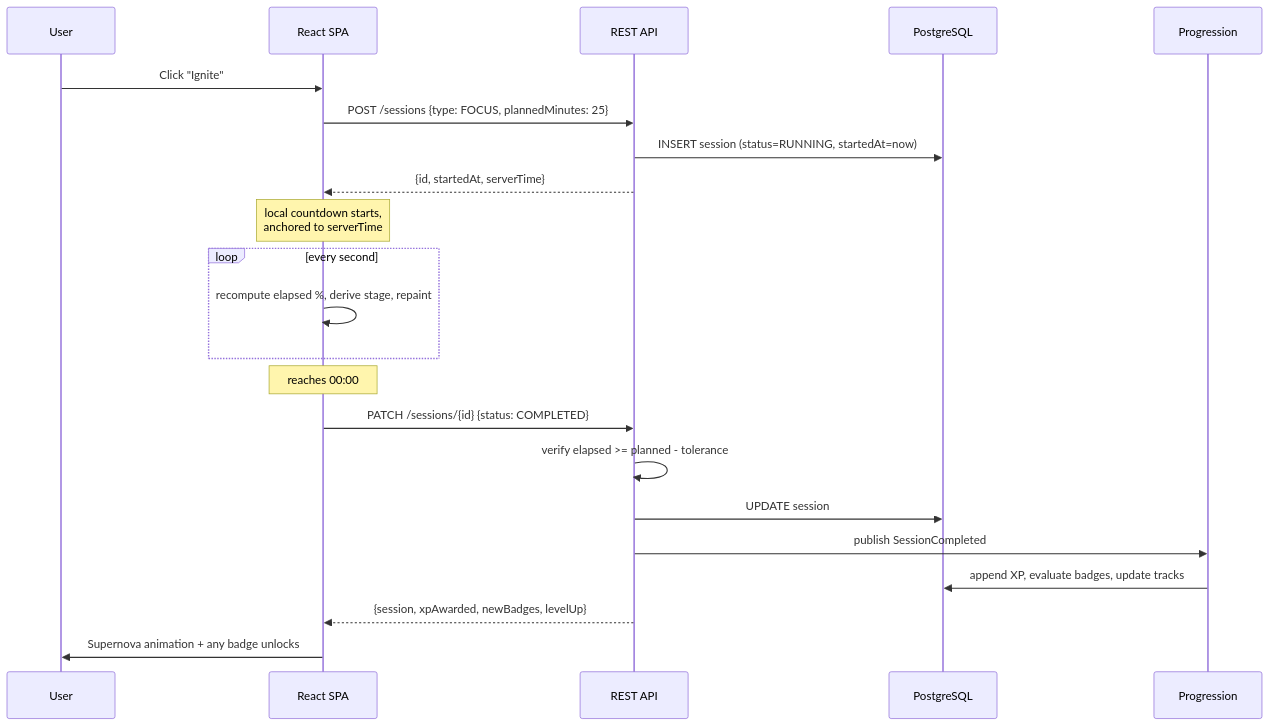
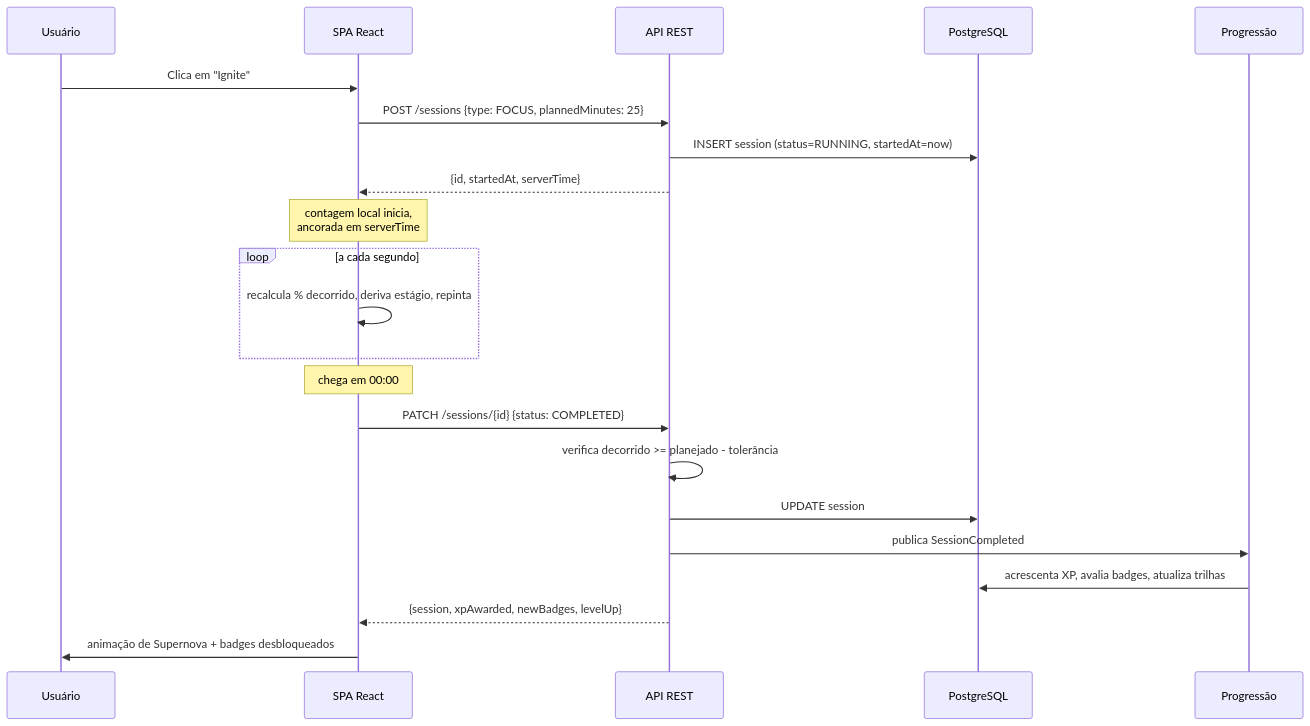
The fourth of 5 diagrams in docs/02-architecture.md (muliroZ/StarlightTimer), drawn with Mermaid before and after one commit. The commit also changed other lines of this file and 6 other files, not shown here.

````diff
--- a/docs/02-architecture.md
+++ b/docs/02-architecture.md
@@ -220,25 +220,25 @@
 ```mermaid
 sequenceDiagram
-    participant U as User
-    participant C as React SPA
-    participant A as REST API
+    participant U as Usuário
+    participant C as SPA React
+    participant A as API REST
     participant D as PostgreSQL
-    participant P as Progression
+    participant P as Progressão
 
-    U->>C: Click "Ignite"
+    U->>C: Clica em "Ignite"
     C->>A: POST /sessions {type: FOCUS, plannedMinutes: 25}
     A->>D: INSERT session (status=RUNNING, startedAt=now)
     A-->>C: {id, startedAt, serverTime}
-    Note over C: local countdown starts,<br/>anchored to serverTime
-    loop every second
-        C->>C: recompute elapsed %, derive stage, repaint
+    Note over C: contagem local inicia,<br/>ancorada em serverTime
+    loop a cada segundo
+        C->>C: recalcula % decorrido, deriva estágio, repinta
     end
-    Note over C: reaches 00:00
+    Note over C: chega em 00:00
     C->>A: PATCH /sessions/{id} {status: COMPLETED}
-    A->>A: verify elapsed >= planned - tolerance
+    A->>A: verifica decorrido >= planejado - tolerância
     A->>D: UPDATE session
-    A->>P: publish SessionCompleted
-    P->>D: append XP, evaluate badges, update tracks
+    A->>P: publica SessionCompleted
+    P->>D: acrescenta XP, avalia badges, atualiza trilhas
     A-->>C: {session, xpAwarded, newBadges, levelUp}
-    C->>U: Supernova animation + any badge unlocks
+    C->>U: animação de Supernova + badges desbloqueados
 ```
````
